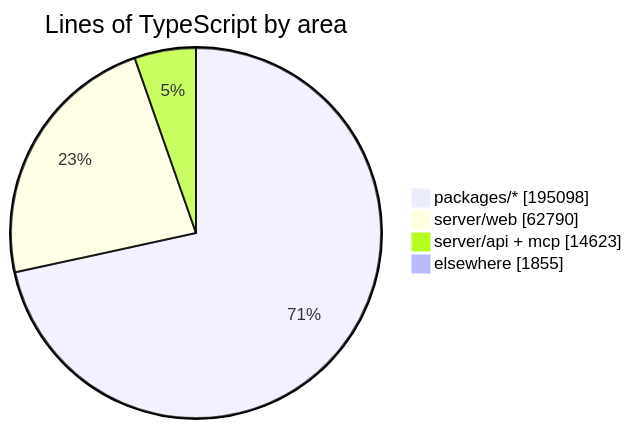
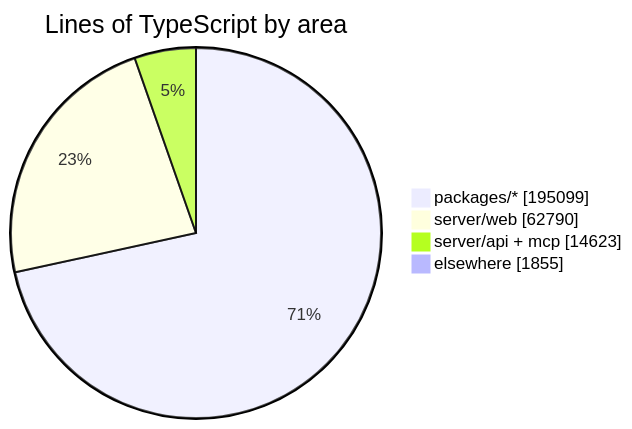
The diagram in README.md (crossworks-engineering/mantle), drawn with Mermaid before and after one commit. The commit also changed other lines of this file and 2 other files, not shown here.

````diff
--- a/README.md
+++ b/README.md
@@ -287,7 +287,7 @@
 ```mermaid
 pie showData title Lines of TypeScript by area
-    "packages/*" : 195098
+    "packages/*" : 195099
     "server/web" : 62790
     "server/api + mcp" : 14623
     "elsewhere" : 1855
 ```
````
